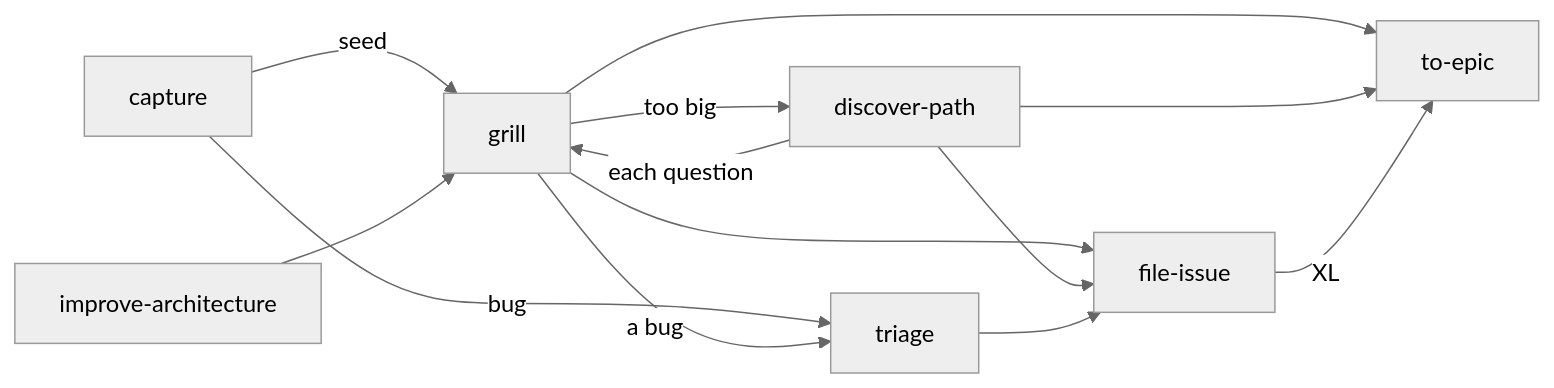
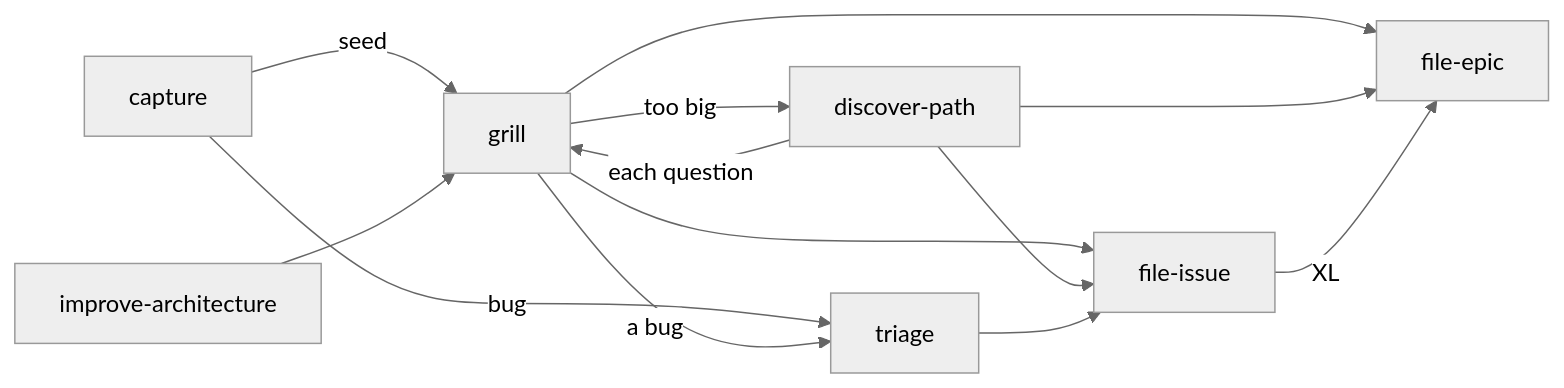
One commit to linhvu0711/skills changed the first of 2 diagrams in README.md. Above: the diagram before and after it, drawn with Mermaid (neutral theme). The commit also changed other lines of this file and 20 other files, not shown here.

````diff
--- a/README.md
+++ b/README.md
@@ -11,15 +11,15 @@
 ```mermaid
 flowchart LR
   capture -->|seed| grill
   capture -->|bug| triage
   improve[improve-architecture] --> grill
   grill -->|a bug| triage
   grill -->|too big| discover[discover-path]
   discover -->|each question| grill
   grill --> toissue[file-issue]
-  grill --> toepic[to-epic]
+  grill --> toepic[file-epic]
   discover --> toissue
   discover --> toepic
   triage --> toissue
   toissue -->|XL| toepic
 ```
````
